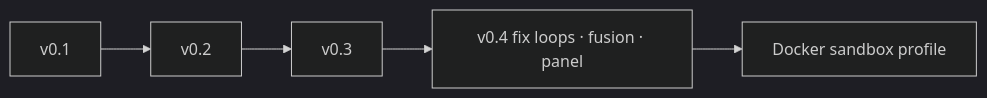
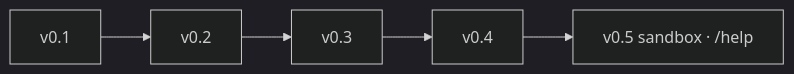
The sixth of 8 diagrams in README.md (ccoussa717/alloy), drawn with Mermaid (dark theme) before and after one commit. The commit also changed other lines of this file and 15 other files, not shown here.

First line of the commit message:
v0.5: Docker sandbox profile and searchable /help.

````diff
--- a/README.md
+++ b/README.md
@@ -402,5 +406,4 @@
 ```mermaid
 flowchart LR
-  V01["v0.1"] --> V02["v0.2"] --> V03["v0.3"] --> V04["v0.4 fix loops · fusion · panel"]
-  V04 --> B5["Docker sandbox profile"]
+  V01["v0.1"] --> V02["v0.2"] --> V03["v0.3"] --> V04["v0.4"] --> V05["v0.5 sandbox · /help"]
 ```
````
